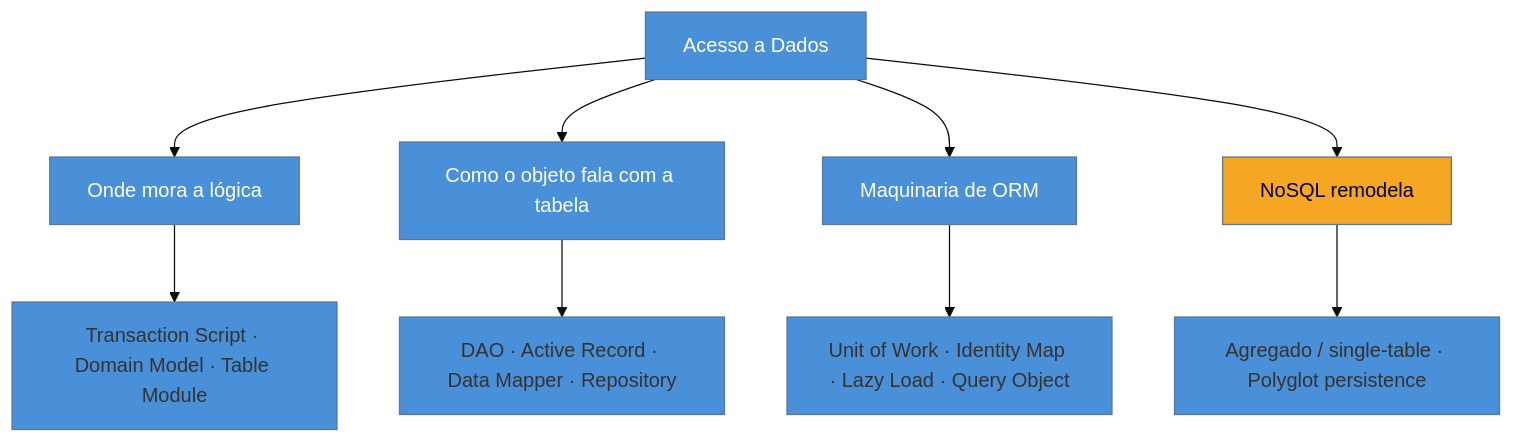
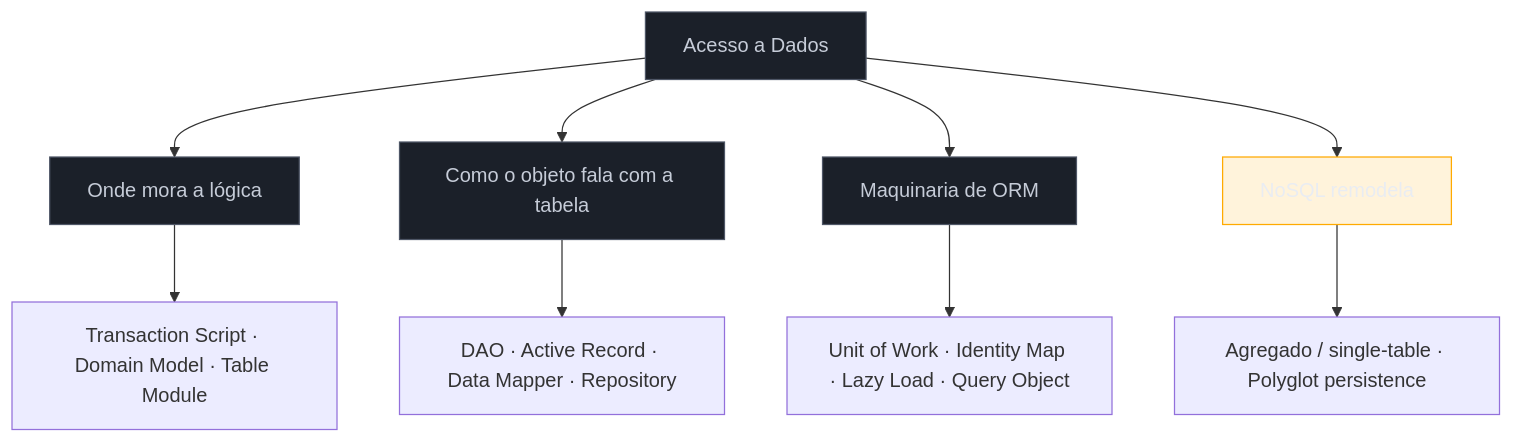
The diagram in 03-Dominios/Engenharia/Design de Software/Padrões de Projeto/Acesso a Dados/01 - Panorama do acesso a dados.md (josenaldo/codex-technomanticus), drawn with Mermaid before and after one commit. The commit also changed 1181 other files, not shown here.

First line of the commit message:
fix(diagramas): paleta do sistema no lugar de cor cravada no markdown

````diff
--- a/03-Dominios/Engenharia/Design de Software/Padrões de Projeto/Acesso a Dados/01 - Panorama do acesso a dados.md
+++ b/03-Dominios/Engenharia/Design de Software/Padrões de Projeto/Acesso a Dados/01 - Panorama do acesso a dados.md
@@ -37,19 +37,20 @@
 ```mermaid
-%%{init: {"theme": "base", "themeVariables": {"primaryColor": "#4A90D9"}}}%%
 graph TD
+    classDef neutro fill:#1B2029,stroke:#4E5666,color:#C6CCD8
+    classDef destaque fill:#FFAA0024,stroke:#FFAA00,color:#E9ECF2
     A["Acesso a Dados"] --> L["Onde mora a lógica"]
     A --> F["Como o objeto fala com a tabela"]
     A --> M["Maquinaria de ORM"]
     A --> N["NoSQL remodela"]
 
     L --> L1["Transaction Script · Domain Model · Table Module"]
     F --> F1["DAO · Active Record · Data Mapper · Repository"]
     M --> M1["Unit of Work · Identity Map · Lazy Load · Query Object"]
     N --> N1["Agregado / single-table · Polyglot persistence"]
 
-    style A fill:#4A90D9,color:#fff
-    style L fill:#4A90D9,color:#fff
-    style F fill:#4A90D9,color:#fff
-    style M fill:#4A90D9,color:#fff
-    style N fill:#F5A623,color:#000
+    class A neutro
+    class L neutro
+    class F neutro
+    class M neutro
+    class N destaque
 ```
````
